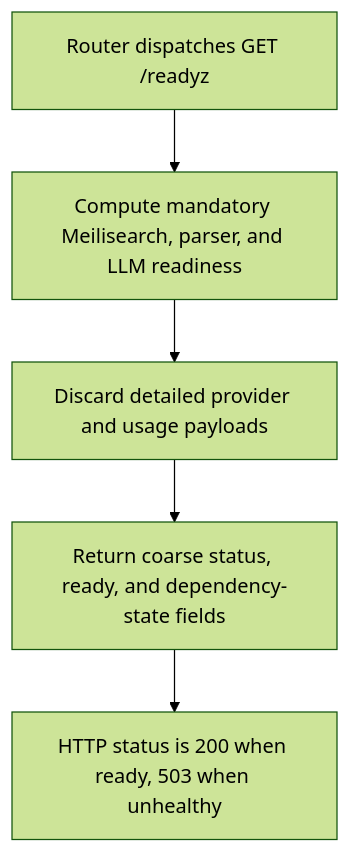
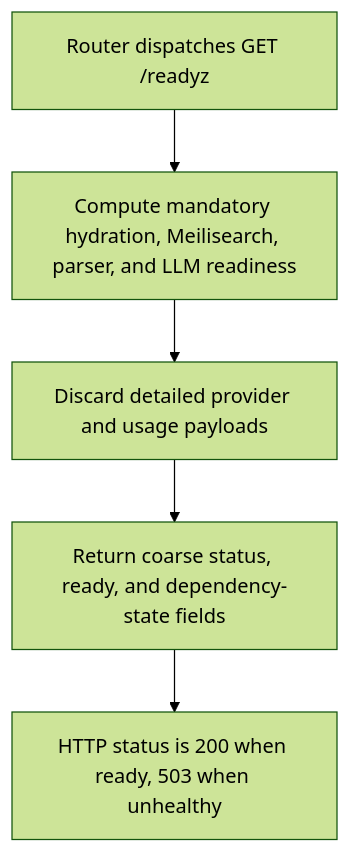
Before and after one commit to dickwu/nowledge: the diagram in doc/api/get_readyz.md, drawn with Mermaid (forest theme). The commit also changed other lines of this file and 15 other files, not shown here.

````diff
--- a/doc/api/get_readyz.md
+++ b/doc/api/get_readyz.md
@@ -48,12 +48,12 @@
 ```mermaid
 flowchart TD
   n0["Router dispatches GET /readyz"]
-  n1["Compute mandatory Meilisearch, parser, and LLM readiness"]
+  n1["Compute mandatory hydration, Meilisearch, parser, and LLM readiness"]
   n2["Discard detailed provider and usage payloads"]
   n3["Return coarse status, ready, and dependency-state fields"]
   n4["HTTP status is 200 when ready, 503 when unhealthy"]
   n0 --> n1
   n1 --> n2
   n2 --> n3
   n3 --> n4
 ```
````
